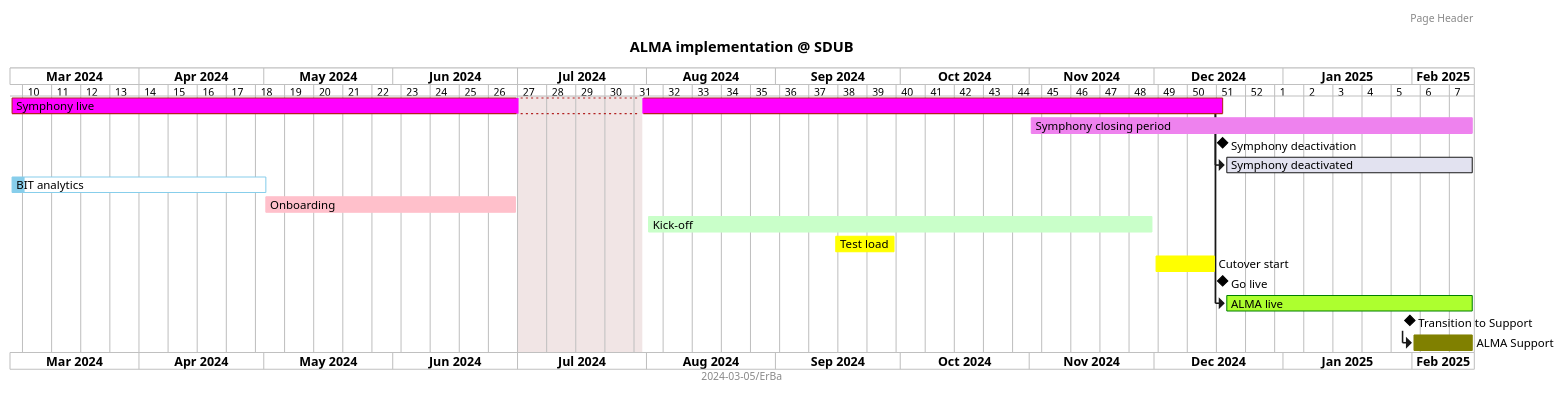
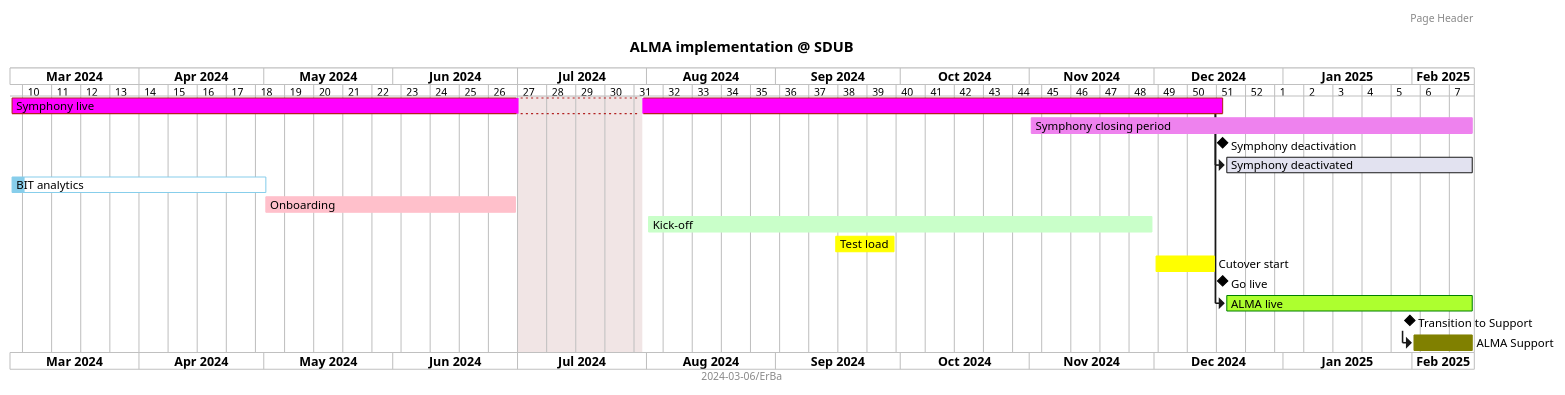
The diagram in implentation/timeline.puml (BIT-SDUB/ALMA), drawn with PlantUML before and after one commit.

```diff
--- a/implentation/timeline.puml
+++ b/implentation/timeline.puml
@@ -1,65 +1,65 @@
 @startgantt
 Project starts 2024-03-01
 printscale weekly
 
 TITLE ALMA implementation @ SDUB
 header Page Header
-footer 2024-03-05/ErBa
+footer 2024-03-06/ErBa
 
 'https://raw.githubusercontent.com/BIT-SDUB/ALMA/main/implentation/timeline.puml
 
 ' start up
 [Symphony live] starts 2024-03-01 and ends 2024-12-17
 [Symphony closing period] starts 2024-11-01 and ends 2025-02-15
 [Symphony deactivation] happens 2024-12-17
 [Symphony deactivated]  starts 2024-12-17 and ends 2025-02-15
 [Symphony deactivated] starts at [Symphony live]'s end
 
 [BIT analytics] starts 2024-03-01 and ends 2024-05-01 and is 5% complete
 
 '>>> Exlibris
 '• Onboarding May and June 2024
 [Onboarding] starts 2024-05-01 and ends 2024-06-30
 '
 '[Vaccation] starts 2024-07-01 and ends 2024-07-30
 'July is closed
 2024-07-01 to 2024-07-30 is closed
 '
 '• Kick-off: early August 2024
 [Kick-off] starts 2024-08-01 and ends 2024-11-30
 '
 '• Test load start: mid-September 2024
 [Test load] starts 2024-09-15 and lasts 15 days
 '[Test load] lasts 15 days
 '
 '• Cutover start: 1st December 2024
 [Cutover start] starts 2024-12-01
 [Cutover start] lasts 15 days
 '
 '• Go live: 17th December 2024
 [Go live] happens 2024-12-17
 [ALMA live] starts at [Symphony live]'s end
 
 [ALMA live] starts 2024-12-17 and ends 2025-02-15
 '[ALMA live] lasts 60 days
 '• Transition to Support: by end of January 2025
 [Transition to Support] happens 2025-01-31
 '[ALMA live] starts at [Symphony live]'s end
 [ALMA Support] starts 2025-01-31 and ends 2025-02-15
 [ALMA Support] starts at [Transition to Support]'s end
 '
 '>>> Colors
   [Symphony live] is colored in Fuchsia/FireBrick
   [Symphony closing period] is colored in violet
 'purple
   [ALMA live] is colored in GreenYellow/Green
   [ALMA Support] is colored in Olive
   [Onboarding] is colored in pink
   [Test load] is colored in yellow
   [Cutover start] is colored in yellow
   [Kick-off] is colored in technology 
   '[Vacation] is colored in gray
   [BIT analytics] is colored in SkyBlue
 '<<< Colors
 
 @endgantt
```
